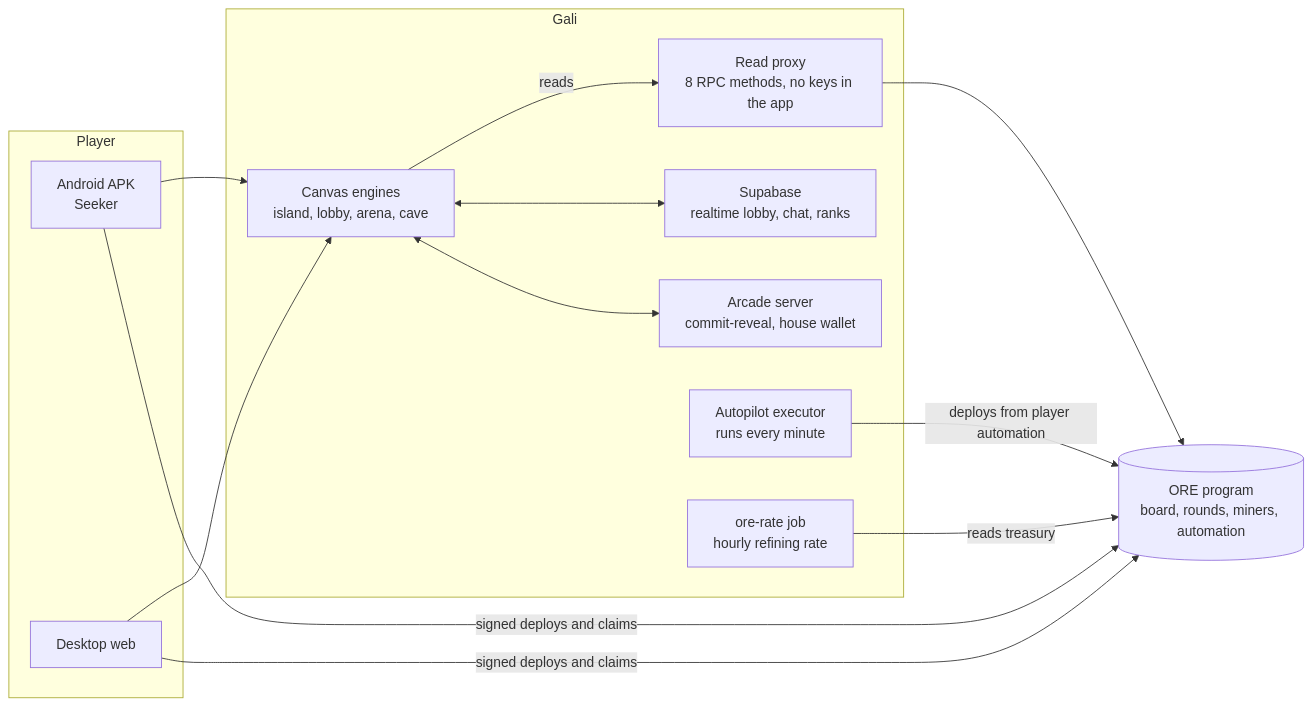
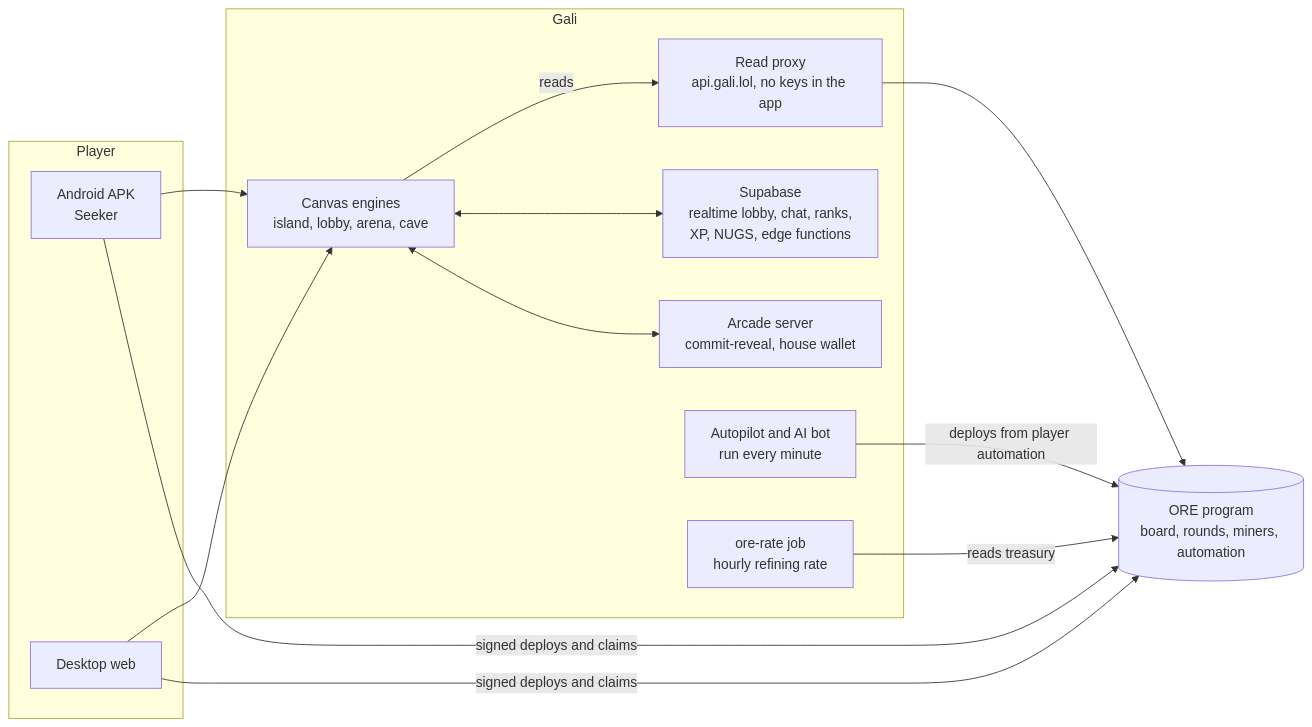
Before and after one commit to juntdoe-sol/Gali: the diagram in README.md, drawn with Mermaid. The commit also changed other lines of this file, not shown here.

Commit message:
README: what is live now (BOT tab, Fight Club, NUGS and the Market, Mining Cards, certificates, invites), 1% fee, CLOCK IN and ORE track wins, Cloudflare hosting

````diff
--- a/README.md
+++ b/README.md
@@ -118,25 +127,25 @@
 ```mermaid
 flowchart LR
   subgraph Player
     APK[Android APK<br/>Seeker]
     WEB[Desktop web]
   end
   subgraph Gali
     ENG[Canvas engines<br/>island, lobby, arena, cave]
-    PROXY[Read proxy<br/>8 RPC methods, no keys in the app]
+    PROXY[Read proxy<br/>api.gali.lol, no keys in the app]
     ARC[Arcade server<br/>commit-reveal, house wallet]
-    SB[Supabase<br/>realtime lobby, chat, ranks]
-    EXE[Autopilot executor<br/>runs every minute]
+    SB[Supabase<br/>realtime lobby, chat, ranks,<br/>XP, NUGS, edge functions]
+    EXE[Autopilot and AI bot<br/>run every minute]
     RATE[ore-rate job<br/>hourly refining rate]
   end
   ORE[(ORE program<br/>board, rounds, miners, automation)]
   APK --> ENG
   WEB --> ENG
   ENG -->|reads| PROXY --> ORE
   APK -->|signed deploys and claims| ORE
   WEB -->|signed deploys and claims| ORE
   EXE -->|deploys from player automation| ORE
   RATE -->|reads treasury| ORE
   ENG <--> SB
   ENG <--> ARC
 ```
````
